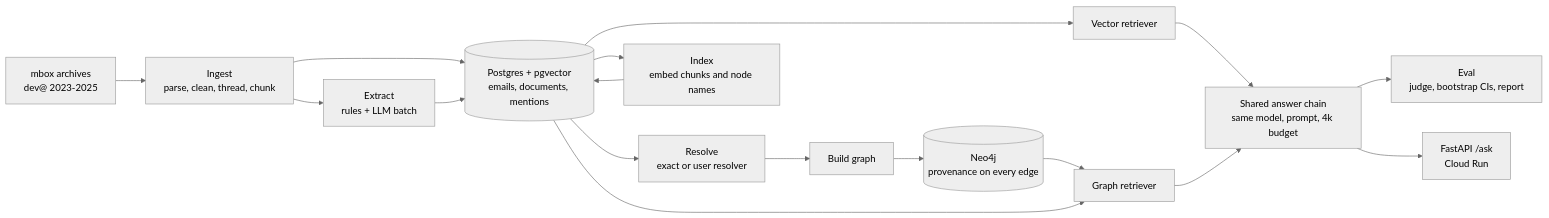
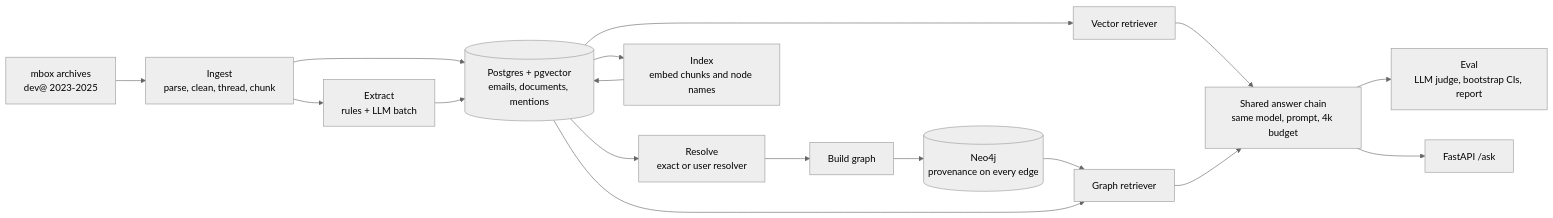
Before and after one commit to arjunchhabra1/kafka-atlas: the diagram in README.md, drawn with Mermaid (neutral theme). The commit also changed other lines of this file, not shown here.

````diff
--- a/README.md
+++ b/README.md
@@ -14,19 +21,19 @@
 ```mermaid
 flowchart LR
     A[mbox archives<br/>dev@ 2023-2025] --> B[Ingest<br/>parse, clean, thread, chunk]
     B --> P[(Postgres + pgvector<br/>emails, documents, mentions)]
     B --> C[Extract<br/>rules + LLM batch]
     C --> P
     P --> D[Resolve<br/>exact or user resolver]
     D --> E[Build graph]
     E --> N[(Neo4j<br/>provenance on every edge)]
     P --> F[Index<br/>embed chunks and node names]
     F --> P
     P --> V[Vector retriever]
     N --> G[Graph retriever]
     P --> G
     V --> H[Shared answer chain<br/>same model, prompt, 4k budget]
     G --> H
-    H --> I[Eval<br/>judge, bootstrap CIs, report]
-    H --> J[FastAPI /ask<br/>Cloud Run]
+    H --> I[Eval<br/>LLM judge, bootstrap CIs, report]
+    H --> J[FastAPI /ask]
 ```
````
